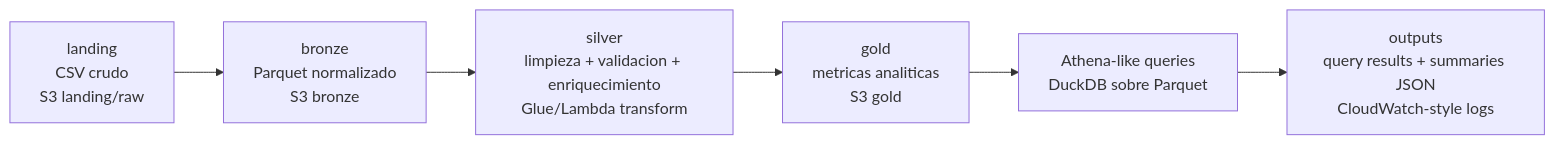
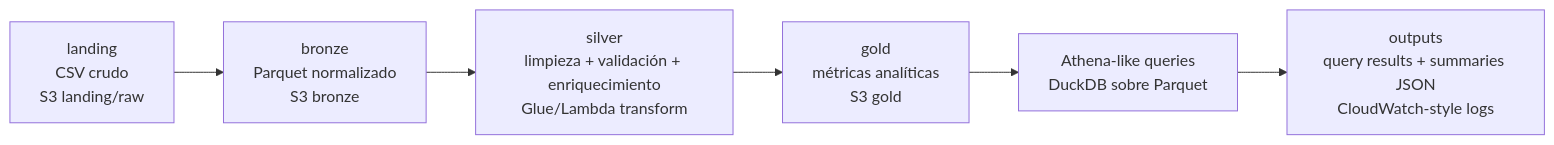
The diagram in 20-aws-style-banking-data-lake/README.md (franciscosalaspla/data-engineering-portfolio), drawn with Mermaid before and after one commit. The commit also changed other lines of this file, not shown here.

````diff
--- a/20-aws-style-banking-data-lake/README.md
+++ b/20-aws-style-banking-data-lake/README.md
@@ -26,8 +26,8 @@
 ```mermaid
 flowchart LR
     A["landing<br/>CSV crudo<br/>S3 landing/raw"] --> B["bronze<br/>Parquet normalizado<br/>S3 bronze"]
-    B --> C["silver<br/>limpieza + validacion + enriquecimiento<br/>Glue/Lambda transform"]
-    C --> D["gold<br/>metricas analiticas<br/>S3 gold"]
+    B --> C["silver<br/>limpieza + validación + enriquecimiento<br/>Glue/Lambda transform"]
+    C --> D["gold<br/>métricas analíticas<br/>S3 gold"]
     D --> E["Athena-like queries<br/>DuckDB sobre Parquet"]
     E --> F["outputs<br/>query results + summaries JSON<br/>CloudWatch-style logs"]
 ```
````
